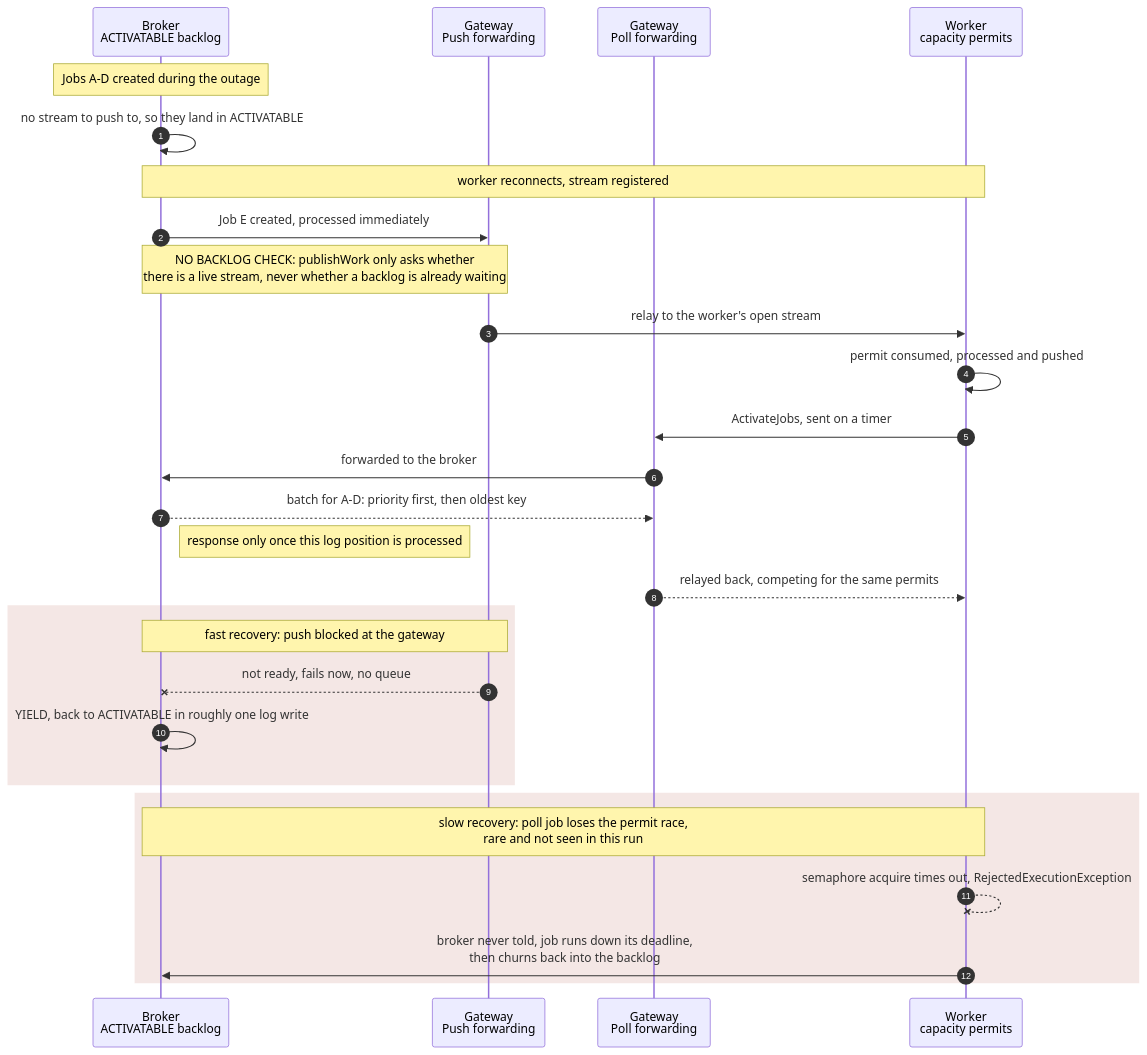
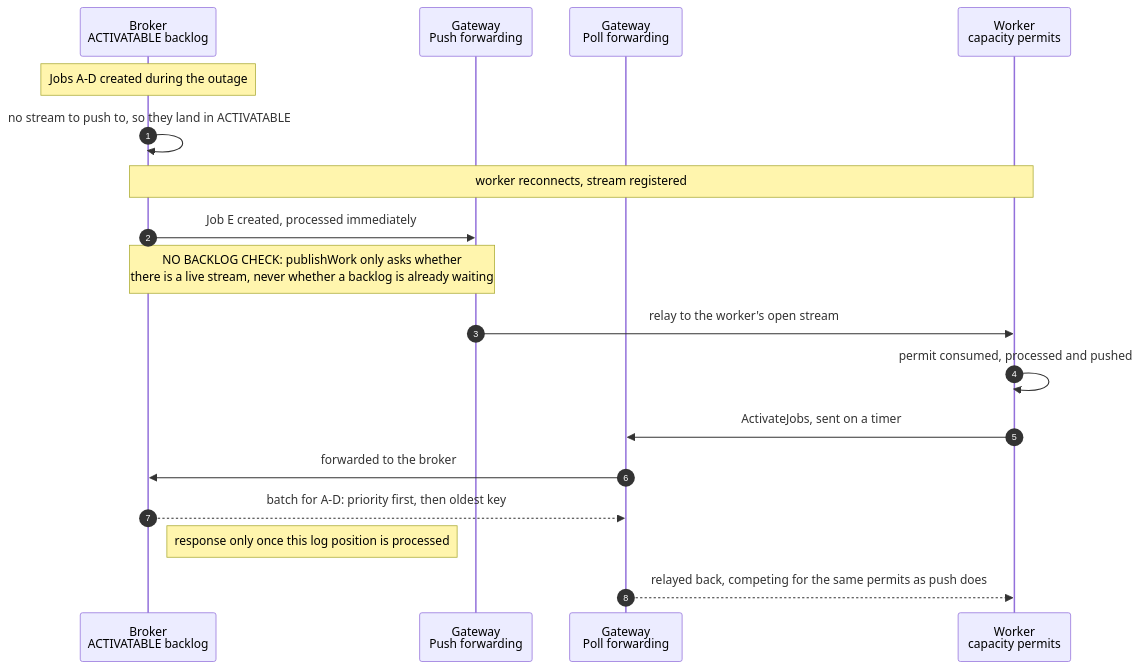
One commit to camunda/zeebe-chaos changed the first of 4 diagrams in chaos-days/blog/2026-08-06-worker-downtime-throughput-recovery/index.md. Above: the diagram before and after it, drawn with Mermaid. The commit also changed other lines of this file, not shown here.

First line of the commit message:
refactor: split and improve sequence diagrams

````diff
--- a/chaos-days/blog/2026-08-06-worker-downtime-throughput-recovery/index.md
+++ b/chaos-days/blog/2026-08-06-worker-downtime-throughput-recovery/index.md
@@ -180,35 +181,24 @@
 ```mermaid
 sequenceDiagram
     autonumber
     participant B as Broker<br/>ACTIVATABLE backlog
     participant GPu as Gateway<br/>Push forwarding
     participant GPo as Gateway<br/>Poll forwarding
     participant W as Worker<br/>capacity permits
 
     Note over B: Jobs A-D created during the outage
     B->>B: no stream to push to, so they land in ACTIVATABLE
     Note over B,W: worker reconnects, stream registered
 
     B->>GPu: Job E created, processed immediately
     Note over B,GPu: NO BACKLOG CHECK: publishWork only asks whether<br/>there is a live stream, never whether a backlog is already waiting
     GPu->>W: relay to the worker's open stream
     W->>W: permit consumed, processed and pushed
 
+
     W->>GPo: ActivateJobs, sent on a timer
     GPo->>B: forwarded to the broker
     B-->>GPo: batch for A-D: priority first, then oldest key
     Note right of B: response only once this log position is processed
-    GPo-->>W: relayed back, competing for the same permits
-
-    rect rgb(162, 59, 46, 0.12)
-    Note over GPu,B: fast recovery: push blocked at the gateway
-    GPu--xB: not ready, fails now, no queue
-    B->>B: YIELD, back to ACTIVATABLE in roughly one log write
-    end
-
-    rect rgb(162, 59, 46, 0.12)
-    Note over W,B: slow recovery: poll job loses the permit race,<br/>rare and not seen in this run
-    W--xW: semaphore acquire times out, RejectedExecutionException
-    W->>B: broker never told, job runs down its deadline,<br/>then churns back into the backlog
-    end
+    GPo-->>W: relayed back, competing for the same permits as push does
 ```
````
